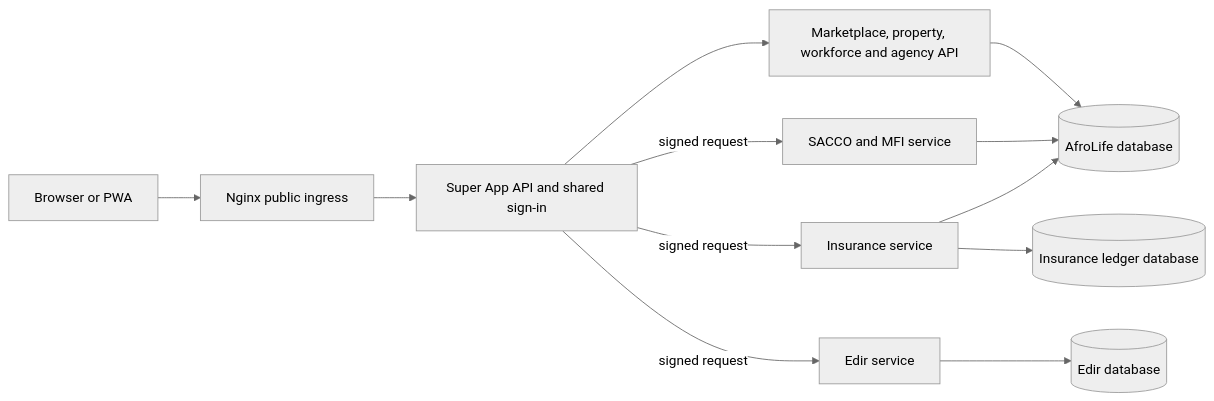
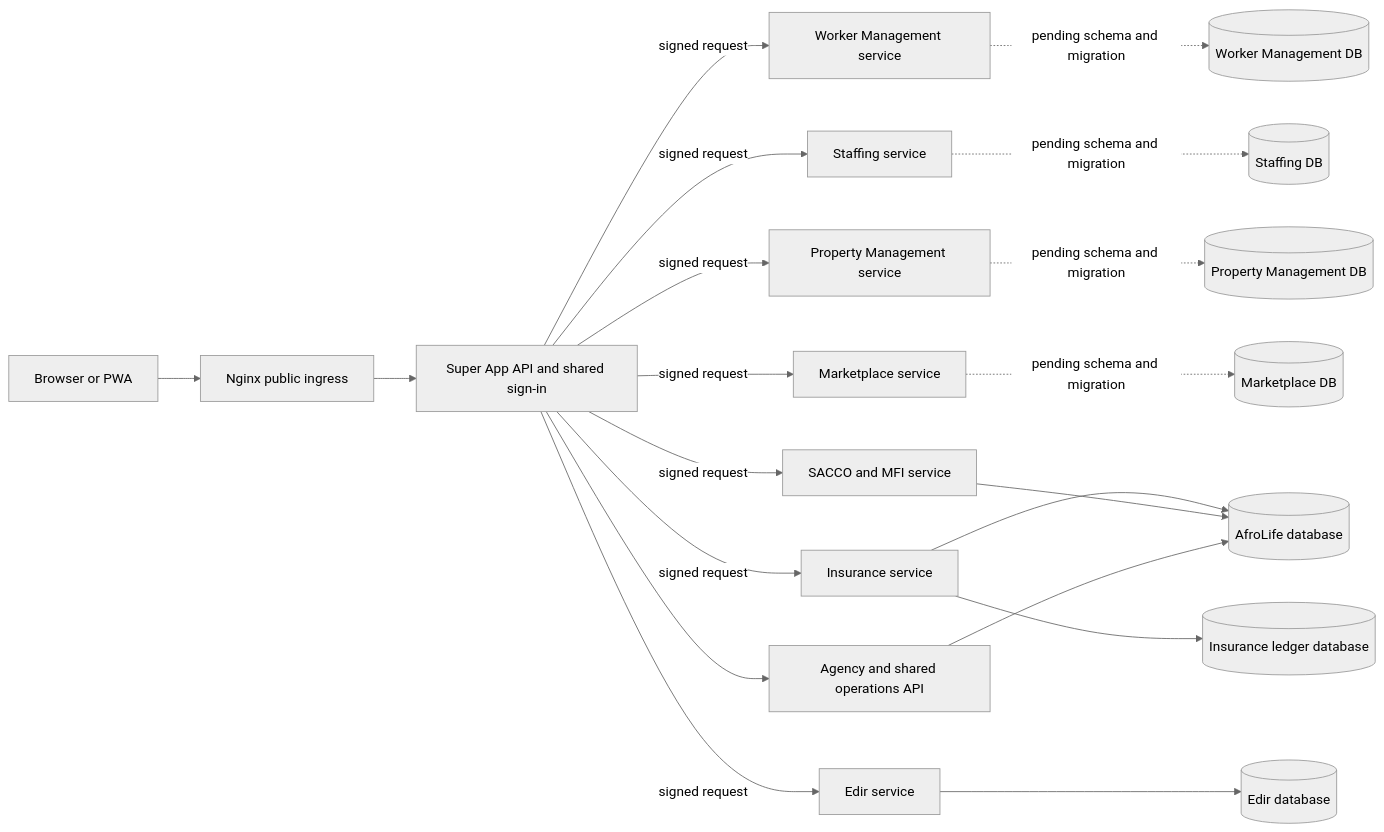
Before and after one commit to ethiolifeenterpriseplc-ai/AfroLife_Agency: the diagram in afrolife/SERVICE_BOUNDARIES.md, drawn with Mermaid (neutral theme). The commit also changed other lines of this file and 77 other files, not shown here.

````diff
--- a/afrolife/SERVICE_BOUNDARIES.md
+++ b/afrolife/SERVICE_BOUNDARIES.md
@@ -79,14 +94,22 @@
 ```mermaid
 flowchart LR
   User[Browser or PWA] --> Edge[Nginx public ingress]
   Edge --> Shell[Super App API and shared sign-in]
-  Shell --> Agency[Marketplace, property, workforce and agency API]
+  Shell --> Agency[Agency and shared operations API]
+  Shell -->|signed request| Workers[Worker Management service]
+  Shell -->|signed request| Staffing[Staffing service]
+  Shell -->|signed request| Property[Property Management service]
+  Shell -->|signed request| Market[Marketplace service]
   Shell -->|signed request| Insurance[Insurance service]
   Shell -->|signed request| MFI[SACCO and MFI service]
   Shell -->|signed request| Edir[Edir service]
   Agency --> CoreDB[(AfroLife database)]
+  Workers -. pending schema and migration .-> WorkerDB[(Worker Management DB)]
+  Staffing -. pending schema and migration .-> StaffingDB[(Staffing DB)]
+  Property -. pending schema and migration .-> PropertyDB[(Property Management DB)]
+  Market -. pending schema and migration .-> MarketDB[(Marketplace DB)]
   MFI --> CoreDB
   Insurance --> LedgerDB[(Insurance ledger database)]
   Insurance --> CoreDB
   Edir --> EdirDB[(Edir database)]
 ```
````
